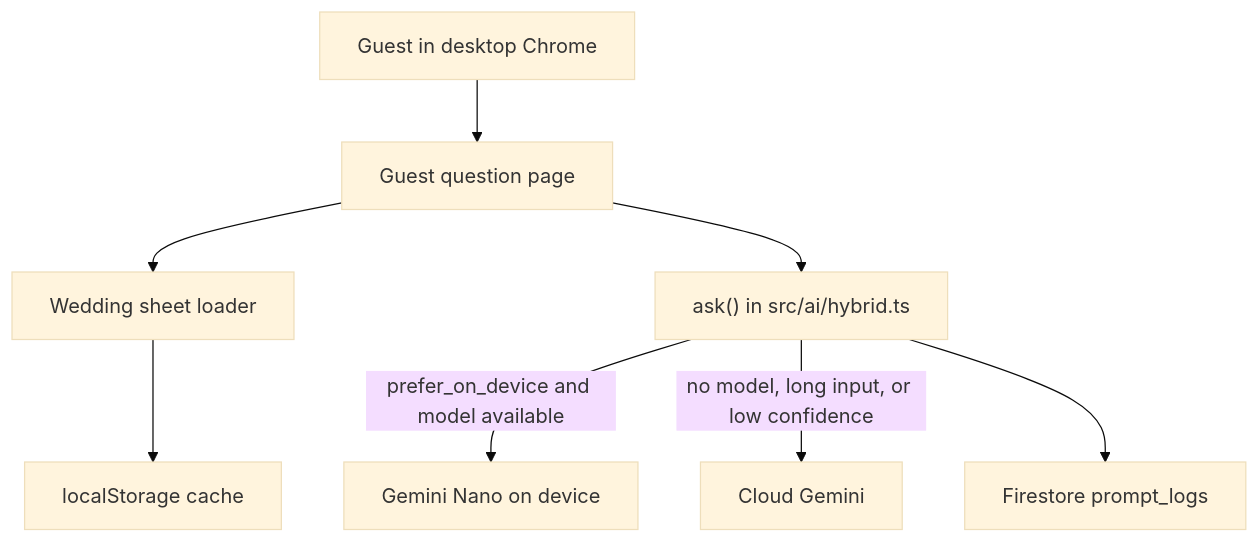
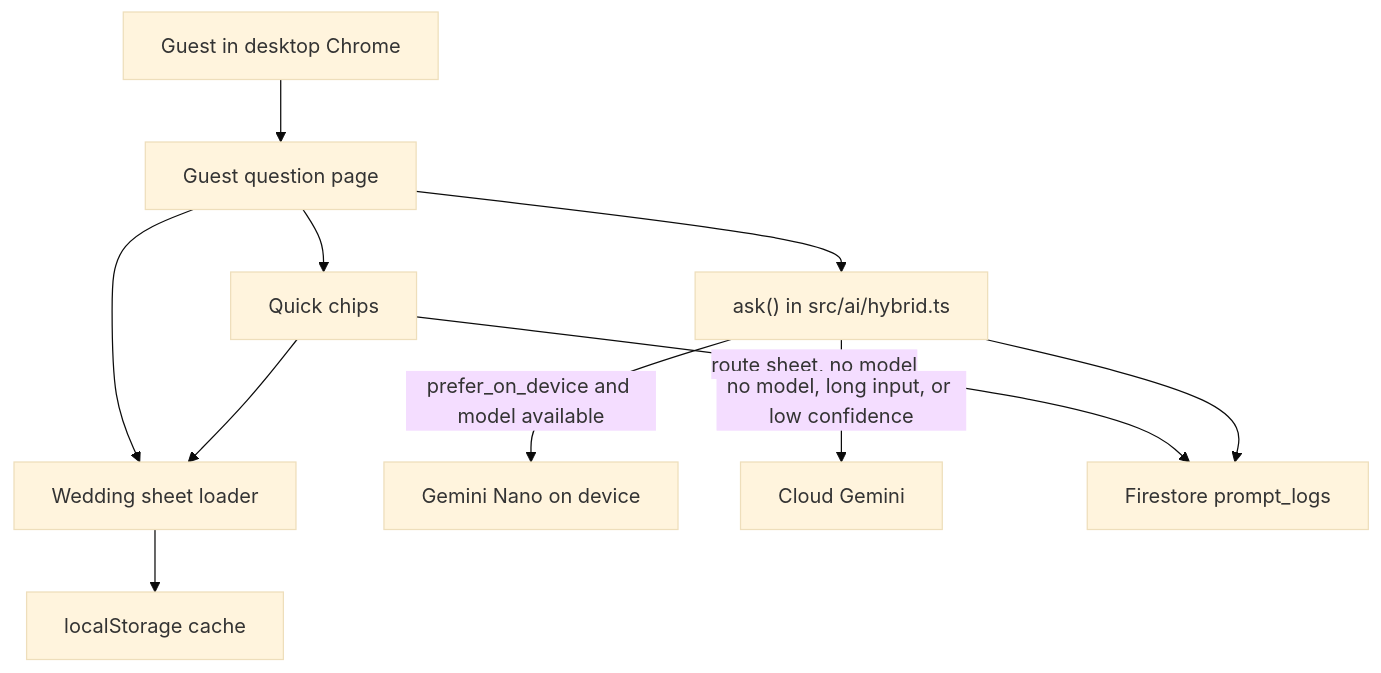
The diagram in README.md (jaime-sql/boda-lista), drawn with Mermaid (base theme) before and after one commit. The commit also changed other lines of this file and 26 other files, not shown here.

Commit message:
feat: answer guest chips from the wedding sheet (#9)

````diff
--- a/README.md
+++ b/README.md
@@ -11,18 +11,22 @@
 ```mermaid
 flowchart TD
   guest[Guest in desktop Chrome]
   page[Guest question page]
   sheet[Wedding sheet loader]
   cache[localStorage cache]
+  chips[Quick chips]
   ask["ask() in src/ai/hybrid.ts"]
   nano[Gemini Nano on device]
   cloud[Cloud Gemini]
   logs[Firestore prompt_logs]
   guest --> page
   page --> sheet
   sheet --> cache
+  page --> chips
+  chips --> sheet
+  chips -->|"route sheet, no model"| logs
   page --> ask
   ask -->|"prefer_on_device and model available"| nano
   ask -->|"no model, long input, or low confidence"| cloud
   ask --> logs
 ```
````
